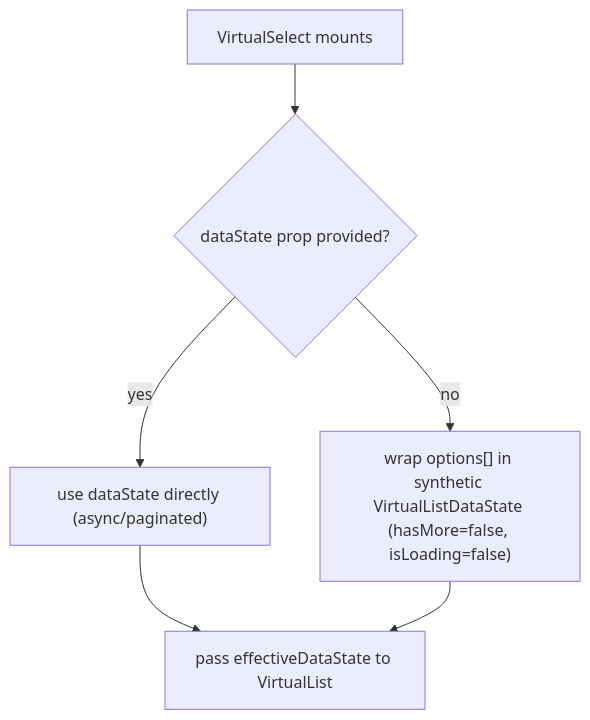
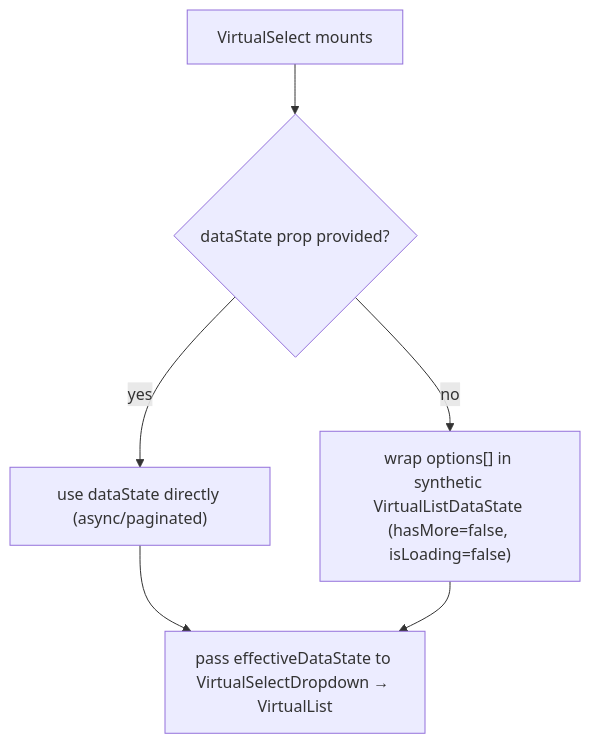
One commit to luciocabrera/lcabrera-stack changed the fourth of 5 diagrams in packages/ui/src/components/VirtualSelect/ARCHITECTURE.md. Above: the diagram before and after it, drawn with Mermaid. The commit also changed other lines of this file and 5 other files, not shown here.

Commit message:
feat(AllSettingsSection, ColumnWidthsSection): update test assertions for header rendering to use not.toBeNull() feat(VirtualSelect): enhance architecture documentation with detailed component structure and hooks

````diff
--- a/packages/ui/src/components/VirtualSelect/ARCHITECTURE.md
+++ b/packages/ui/src/components/VirtualSelect/ARCHITECTURE.md
@@ -94,7 +111,7 @@
 ```mermaid
 graph TD
   A["VirtualSelect mounts"] --> B{"dataState prop provided?"}
   B -->|yes| C["use dataState directly (async/paginated)"]
   B -->|no| D["wrap options[] in synthetic VirtualListDataState (hasMore=false, isLoading=false)"]
-  C & D --> VL["pass effectiveDataState to VirtualList"]
+  C & D --> VL["pass effectiveDataState to VirtualSelectDropdown → VirtualList"]
 ```
````
